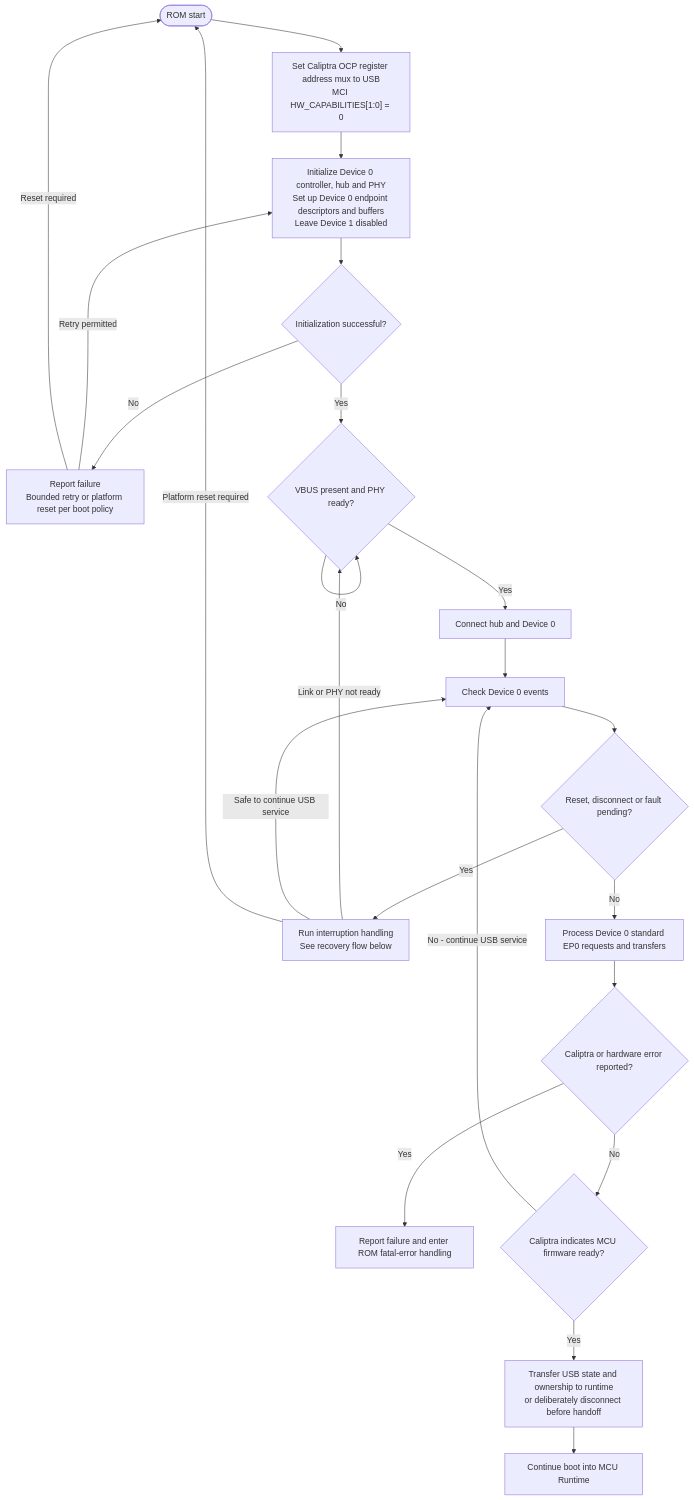
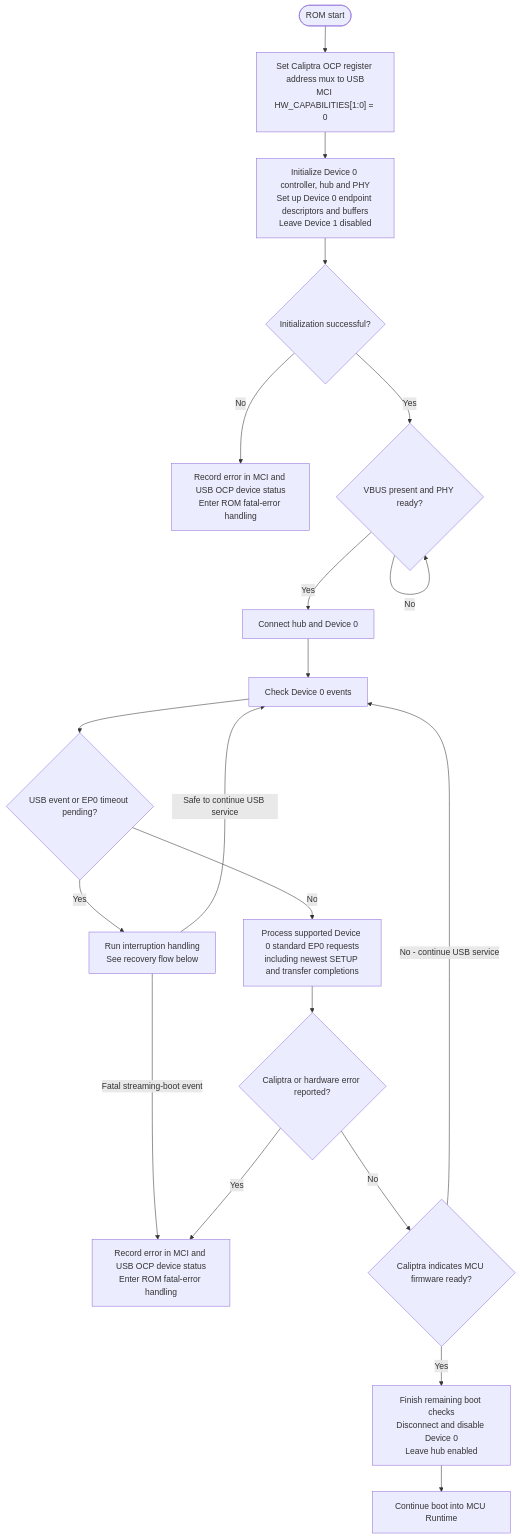
Before and after one commit to chipsalliance/caliptra-mcu-sw: the sixth of 7 diagrams in docs/src/usb_recovery_emulation.md, drawn with Mermaid. The commit also changed other lines of this file and 17 other files, not shown here.

First line of the commit message:
Implement persistent USB Device 0 service during OCP recovery

````diff
--- a/docs/src/usb_recovery_emulation.md
+++ b/docs/src/usb_recovery_emulation.md
@@ -667,36 +685,33 @@
 ```mermaid
 flowchart TD
     Start(["ROM start"])
     Mux["Set Caliptra OCP register address mux to USB<br/>MCI HW_CAPABILITIES[1:0] = 0"]
     Init["Initialize Device 0 controller, hub and PHY<br/>Set up Device 0 endpoint descriptors and buffers<br/>Leave Device 1 disabled"]
     InitOK{"Initialization successful?"}
-    InitFail["Report failure<br/>Bounded retry or platform reset per boot policy"]
+    InitFail["Record error in MCI and USB OCP device status<br/>Enter ROM fatal-error handling"]
     Attach{"VBUS present and PHY ready?"}
     Connect["Connect hub and Device 0"]
     Loop["Check Device 0 events"]
-    Event{"Reset, disconnect or fault pending?"}
+    Event{"USB event or EP0 timeout pending?"}
     Recover["Run interruption handling<br/>See recovery flow below"]
-    EP0["Process Device 0 standard EP0 requests and transfers"]
+    EP0["Process supported Device 0 standard EP0 requests<br/>including newest SETUP and transfer completions"]
     Check{"Caliptra or hardware error reported?"}
-    Fatal["Report failure and enter ROM fatal-error handling"]
+    Fatal["Record error in MCI and USB OCP device status<br/>Enter ROM fatal-error handling"]
     Ready{"Caliptra indicates MCU firmware ready?"}
-    Transfer["Transfer USB state and ownership to runtime<br/>or deliberately disconnect before handoff"]
+    Transfer["Finish remaining boot checks<br/>Disconnect and disable Device 0<br/>Leave hub enabled"]
     Run["Continue boot into MCU Runtime"]
 
     Start --> Mux --> Init --> InitOK
     InitOK -->|No| InitFail
-    InitFail -->|Retry permitted| Init
-    InitFail -->|Reset required| Start
     InitOK -->|Yes| Attach
     Attach -->|No| Attach
     Attach -->|Yes| Connect --> Loop --> Event
     Event -->|Yes| Recover
-    Recover -->|Link or PHY not ready| Attach
     Recover -->|Safe to continue USB service| Loop
-    Recover -->|Platform reset required| Start
+    Recover -->|Fatal streaming-boot event| Fatal
     Event -->|No| EP0 --> Check
     Check -->|No| Ready
     Check -->|Yes| Fatal
     Ready -->|No - continue USB service| Loop
     Ready -->|Yes| Transfer --> Run
 ```
````
